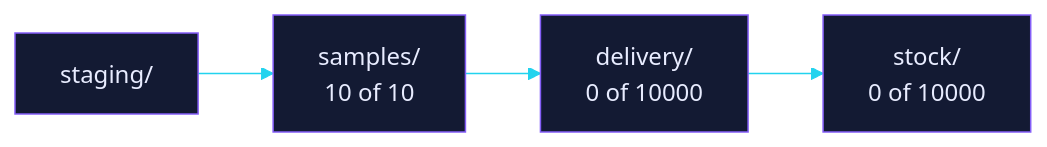
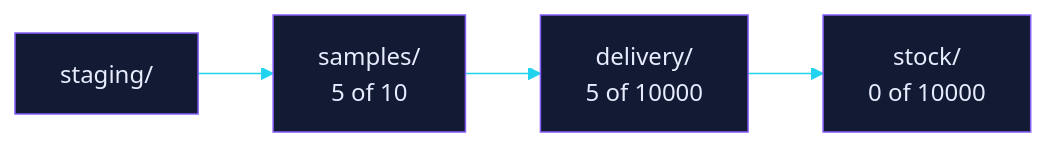
One commit to EtharaLabs/erza-samples changed the second of 2 diagrams in README.md. Above: the diagram before and after it, drawn with Mermaid. The commit also changed other lines of this file and 1400 other files, not shown here.

Commit message:
chore(samples): move five legacy tasks to delivery

````diff
--- a/README.md
+++ b/README.md
@@ -141,8 +102,8 @@
 ```mermaid
 %%{init: {"theme":"base","themeVariables":{"primaryColor":"#131a33","primaryTextColor":"#e8ecff","primaryBorderColor":"#845EF7","lineColor":"#22d3ee","fontFamily":"monospace"}}}%%
 flowchart LR
     staging["staging/"]
-    staging --> samples["samples/<br/>10 of 10"]
-    samples --> delivery["delivery/<br/>0 of 10000"]
+    staging --> samples["samples/<br/>5 of 10"]
+    samples --> delivery["delivery/<br/>5 of 10000"]
     delivery --> stock["stock/<br/>0 of 10000"]
 ```
````
